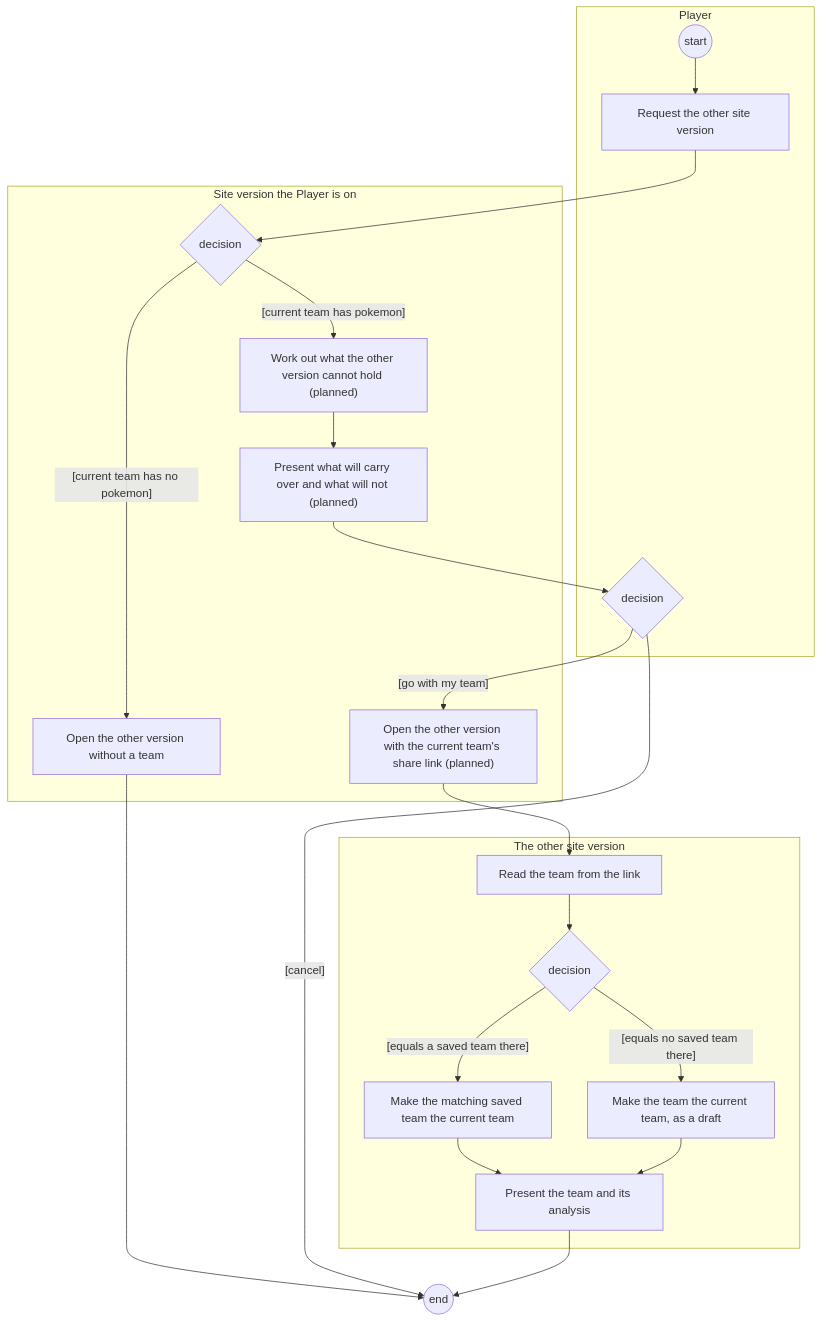
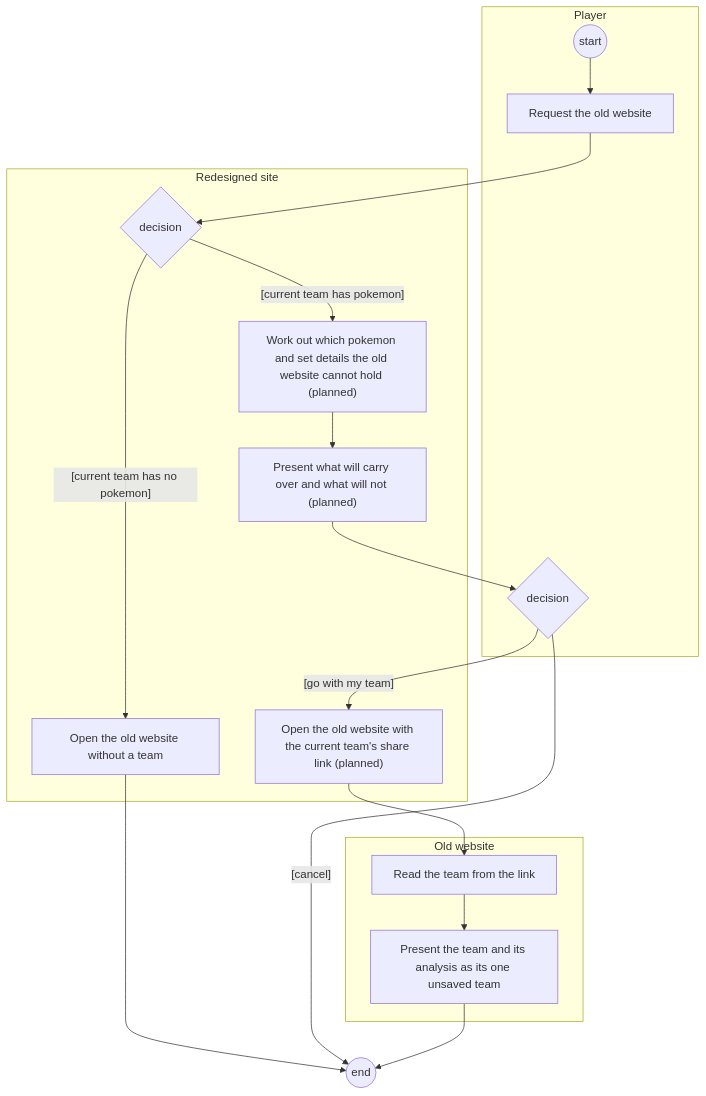
Before and after one commit to projeffboy/my-pokemon-team: the eighth of 8 diagrams in docs/requirements/09-scenario-models.md, drawn with Mermaid. The commit also changed other lines of this file and 14 other files, not shown here.

````diff
--- a/docs/requirements/09-scenario-models.md
+++ b/docs/requirements/09-scenario-models.md
@@ -282,30 +284,24 @@
 ```mermaid
 flowchart TD
   subgraph Player
-    start((start)) --> Ask[Request the other site version]
+    start((start)) --> Ask[Request the old website]
     Confirm{decision}
   end
-  subgraph Here["Site version the Player is on"]
+  subgraph Here["Redesigned site"]
     Empty{decision}
-    Work["Work out what the other version cannot hold (planned)"]
+    Work["Work out which pokemon and set details the old website cannot hold (planned)"]
     Warn["Present what will carry over and what will not (planned)"]
-    Go["Open the other version with the current team's share link (planned)"]
-    Plain[Open the other version without a team]
+    Go["Open the old website with the current team's share link (planned)"]
+    Plain[Open the old website without a team]
   end
-  subgraph There["The other site version"]
+  subgraph There["Old website"]
     Read[Read the team from the link]
-    Match{decision}
-    Saved[Make the matching saved team the current team]
-    Draft[Make the team the current team, as a draft]
-    Show[Present the team and its analysis]
+    Show[Present the team and its analysis as its one unsaved team]
   end
   finish((end))
   Ask --> Empty
   Empty -- "[current team has no pokemon]" --> Plain --> finish
   Empty -- "[current team has pokemon]" --> Work --> Warn --> Confirm
   Confirm -- "[cancel]" --> finish
-  Confirm -- "[go with my team]" --> Go --> Read --> Match
-  Match -- "[equals a saved team there]" --> Saved --> Show
-  Match -- "[equals no saved team there]" --> Draft --> Show
-  Show --> finish
+  Confirm -- "[go with my team]" --> Go --> Read --> Show --> finish
 ```
````
